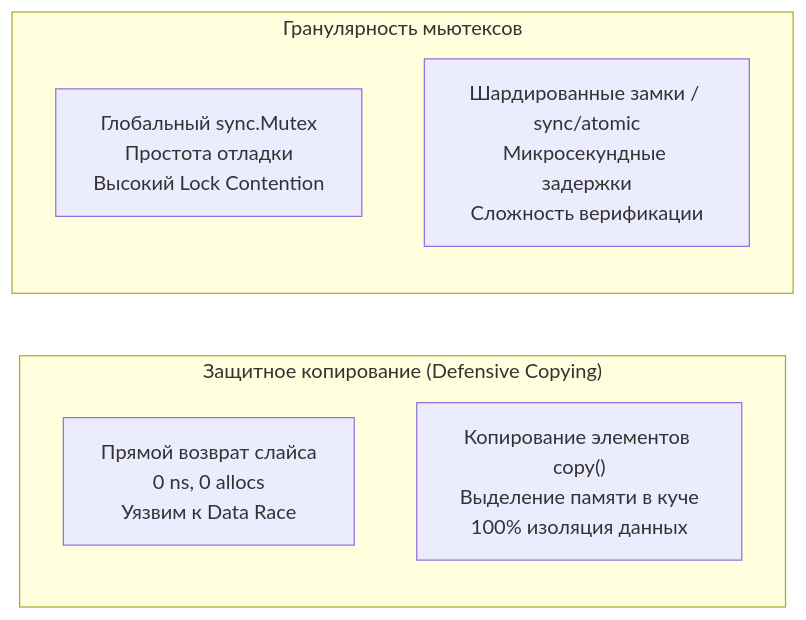
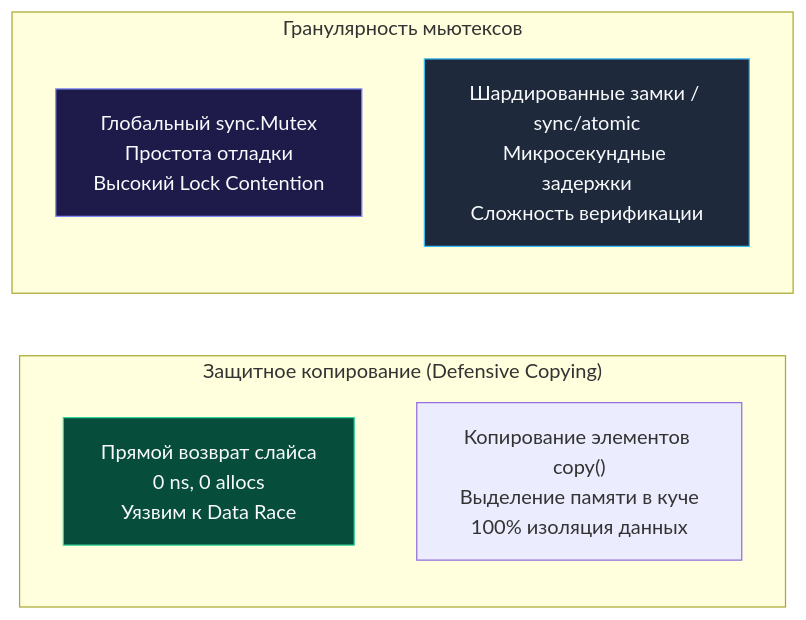
The second of 3 diagrams in sources/15. Тестирование в Go (QA & Testing)/10. Практика и CI/7. Speed vs reliability.md (UnrealTemplier/go-textbook), drawn with Mermaid before and after one commit. The commit also changed other lines of this file and 1666 other files, not shown here.

First line of the commit message:
feat(mermaid): add semantic color classDef to 1369 colorless flowchart/graph diagrams

````diff
--- a/sources/15. Тестирование в Go (QA & Testing)/10. Практика и CI/7. Speed vs reliability.md
+++ b/sources/15. Тестирование в Go (QA & Testing)/10. Практика и CI/7. Speed vs reliability.md
@@ -84,11 +94,21 @@
 ```mermaid
 flowchart LR
+    classDef process  fill:#1e293b,stroke:#38bdf8,stroke-width:1px,color:#f8fafc
+    classDef success  fill:#064e3b,stroke:#34d399,stroke-width:1px,color:#f8fafc
+    classDef error    fill:#7f1d1d,stroke:#f87171,stroke-width:1px,color:#f8fafc
+    classDef warning  fill:#78350f,stroke:#fbbf24,stroke-width:1px,color:#f8fafc
+    classDef entry    fill:#1e3a5f,stroke:#38bdf8,stroke-width:2px,color:#f8fafc
+    classDef aux      fill:#334155,stroke:#64748b,stroke-width:1px,color:#f8fafc
+    classDef system   fill:#312e81,stroke:#a78bfa,stroke-width:1px,color:#f8fafc
+    classDef data     fill:#132d29,stroke:#2dd4bf,stroke-width:1px,color:#f8fafc
+    classDef network  fill:#881337,stroke:#fb7185,stroke-width:1px,color:#f8fafc
+    classDef accent   fill:#1e1b4b,stroke:#818cf8,stroke-width:1px,color:#f8fafc
     subgraph DefCopy["Защитное копирование (Defensive Copying)"]
-        Raw["Прямой возврат слайса<br/>0 ns, 0 allocs<br/>Уязвим к Data Race"]
+        Raw["Прямой возврат слайса<br/>0 ns, 0 allocs<br/>Уязвим к Data Race"]:::success
         Copy["Копирование элементов copy()<br/>Выделение памяти в куче<br/>100% изоляция данных"]
     end
     subgraph LockGran["Гранулярность мьютексов"]
-        Coarse["Глобальный sync.Mutex<br/>Простота отладки<br/>Высокий Lock Contention"]
-        Fine["Шардированные замки / sync/atomic<br/>Микросекундные задержки<br/>Сложность верификации"]
+        Coarse["Глобальный sync.Mutex<br/>Простота отладки<br/>Высокий Lock Contention"]:::accent
+        Fine["Шардированные замки / sync/atomic<br/>Микросекундные задержки<br/>Сложность верификации"]:::process
     end
 ```
````
